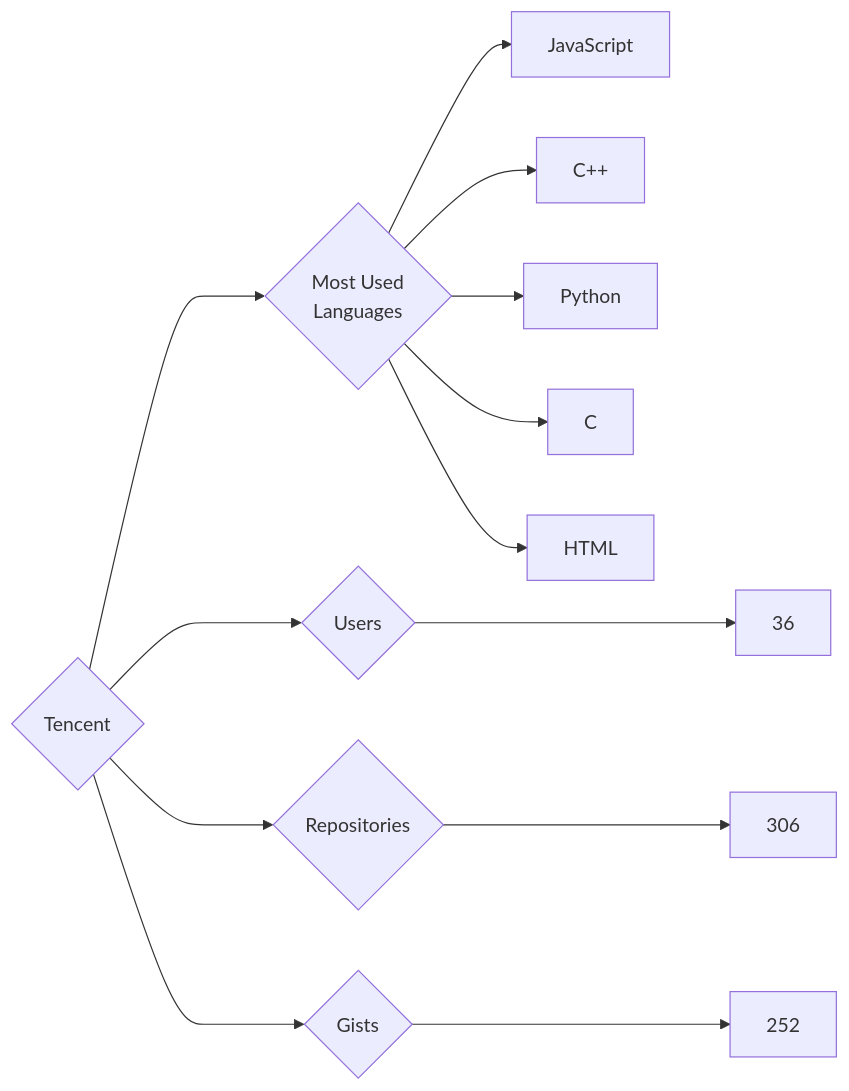
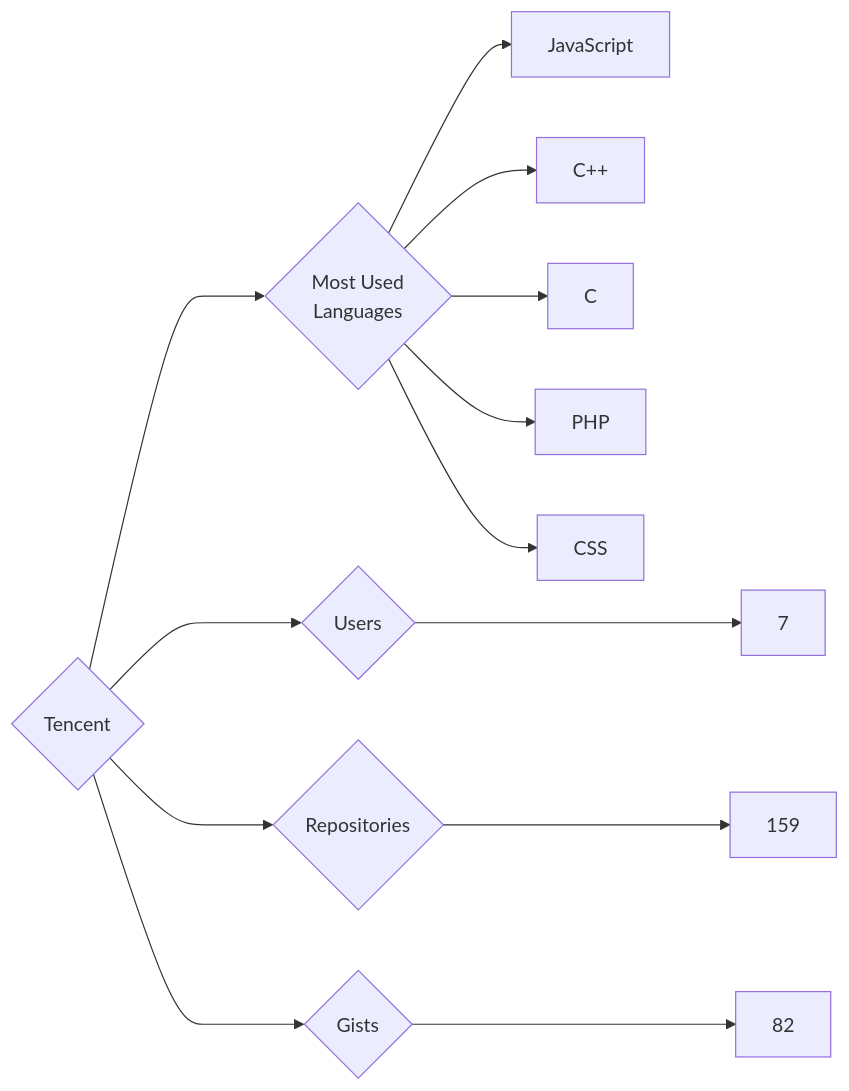
One commit to trickest/insiders changed the diagram in targets/Tencent/README.md. Above: the diagram before and after it, drawn with Mermaid. The commit also changed 878 other files, not shown here.

````diff
--- a/targets/Tencent/README.md
+++ b/targets/Tencent/README.md
@@ -3,13 +3,13 @@
 ```mermaid
 graph LR
 COMPANY_NAME{Tencent}
-COMPANY_NAME ---> U{Users} ---> UN[36]
-COMPANY_NAME ---> R{Repositories} ---> RN[306]
-COMPANY_NAME ---> G{Gists} ---> GN[252]
+COMPANY_NAME ---> U{Users} ---> UN[7]
+COMPANY_NAME ---> R{Repositories} ---> RN[159]
+COMPANY_NAME ---> G{Gists} ---> GN[82]
 COMPANY_NAME ---> ML{Most Used<br>Languages}
 ML --> JavaScript[JavaScript]
 ML --> C++[C++]
-ML --> Python[Python]
 ML --> C[C]
-ML --> HTML[HTML]
+ML --> PHP[PHP]
+ML --> CSS[CSS]
 ```
````
